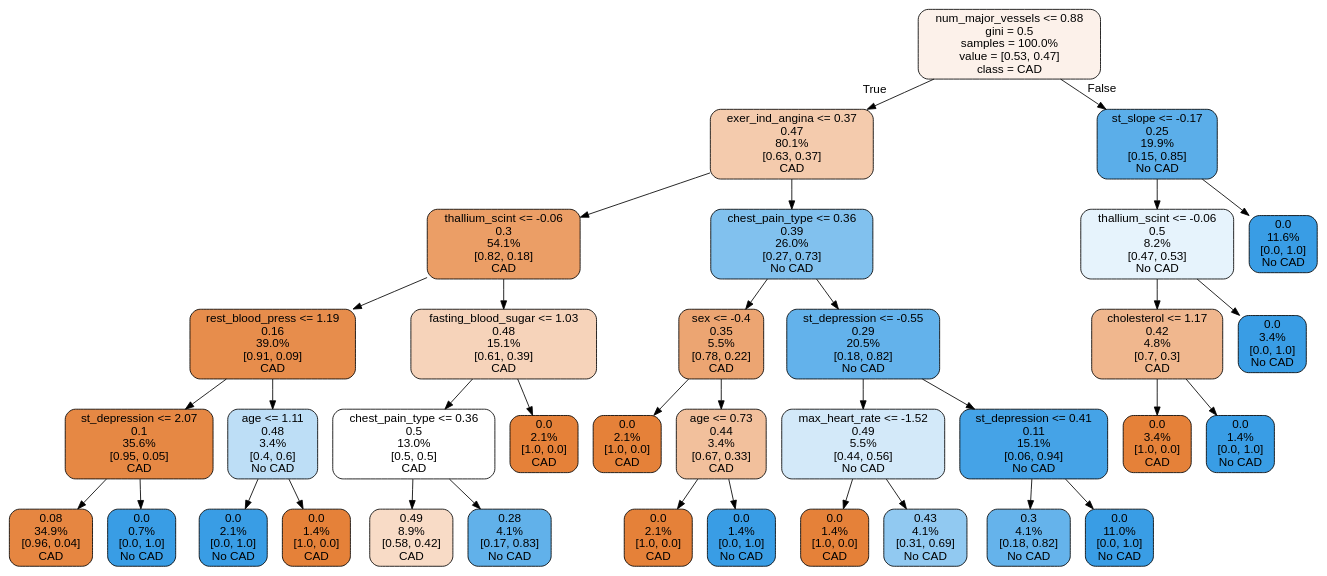
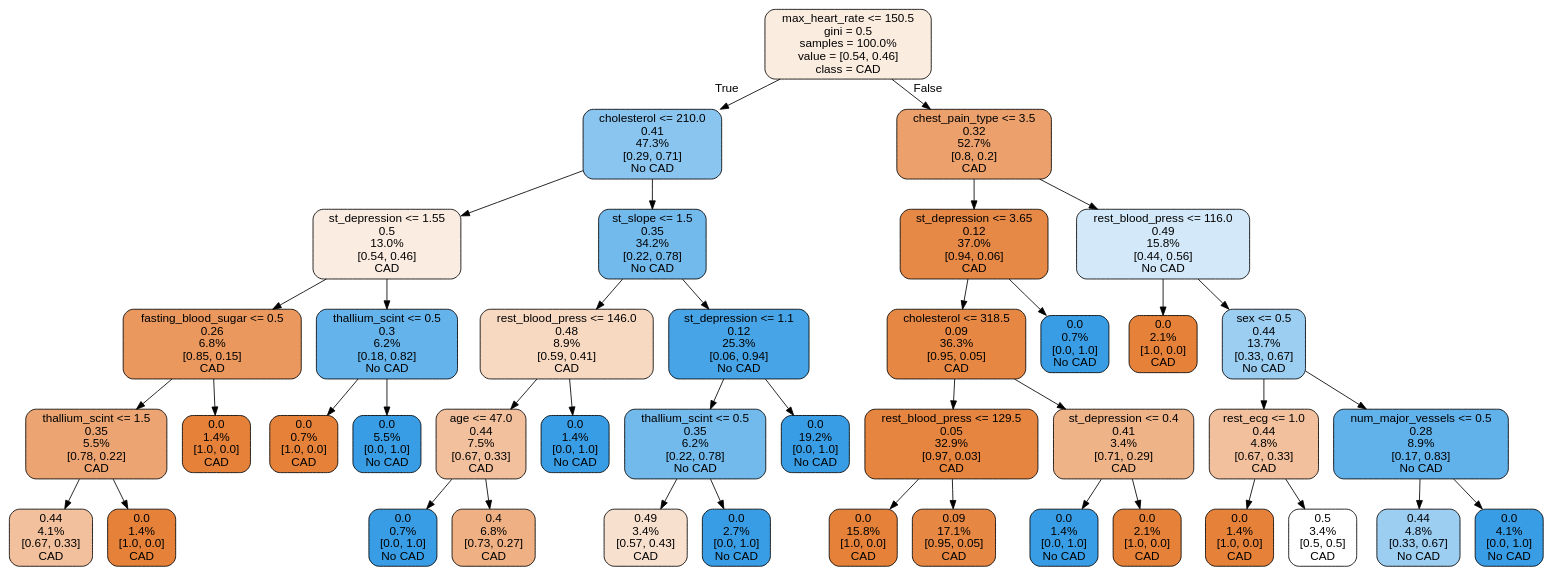
The diagram in cor_art_dis/notebooks/tree.dot (LourensWalters/cor_art_dis), drawn with Graphviz before and after one commit. The commit also changed 4 other files, not shown here.

Commit message:
Update labels on graphs.

```diff
--- a/cor_art_dis/notebooks/tree.dot
+++ b/cor_art_dis/notebooks/tree.dot
@@ -1,73 +1,85 @@
 digraph Tree {
 node [shape=box, style="filled, rounded", color="black", fontname=helvetica] ;
 edge [fontname=helvetica] ;
-0 [label="num_major_vessels <= 0.88\ngini = 0.5\nsamples = 100.0%\nvalue = [0.53, 0.47]\nclass = CAD", fillcolor="#fcf1ea"] ;
-1 [label="exer_ind_angina <= 0.37\n0.47\n80.1%\n[0.63, 0.37]\nCAD", fillcolor="#f4cbad"] ;
+0 [label="max_heart_rate <= 150.5\ngini = 0.5\nsamples = 100.0%\nvalue = [0.54, 0.46]\nclass = CAD", fillcolor="#fbece0"] ;
+1 [label="cholesterol <= 210.0\n0.41\n47.3%\n[0.29, 0.71]\nNo CAD", fillcolor="#8ac5f0"] ;
 0 -> 1 [labeldistance=2.5, labelangle=45, headlabel="True"] ;
-2 [label="thallium_scint <= -0.06\n0.3\n54.1%\n[0.82, 0.18]\nCAD", fillcolor="#eb9e66"] ;
+2 [label="st_depression <= 1.55\n0.5\n13.0%\n[0.54, 0.46]\nCAD", fillcolor="#fbece1"] ;
 1 -> 2 ;
-3 [label="rest_blood_press <= 1.19\n0.16\n39.0%\n[0.91, 0.09]\nCAD", fillcolor="#e78d4c"] ;
+3 [label="fasting_blood_sugar <= 0.5\n0.26\n6.8%\n[0.85, 0.15]\nCAD", fillcolor="#ea985d"] ;
 2 -> 3 ;
-4 [label="st_depression <= 2.07\n0.1\n35.6%\n[0.95, 0.05]\nCAD", fillcolor="#e68844"] ;
+4 [label="thallium_scint <= 1.5\n0.35\n5.5%\n[0.78, 0.22]\nCAD", fillcolor="#eca572"] ;
 3 -> 4 ;
-5 [label="0.08\n34.9%\n[0.96, 0.04]\nCAD", fillcolor="#e68641"] ;
+5 [label="0.44\n4.1%\n[0.67, 0.33]\nCAD", fillcolor="#f2c09c"] ;
 4 -> 5 ;
-6 [label="0.0\n0.7%\n[0.0, 1.0]\nNo CAD", fillcolor="#399de5"] ;
+6 [label="0.0\n1.4%\n[1.0, 0.0]\nCAD", fillcolor="#e58139"] ;
 4 -> 6 ;
-7 [label="age <= 1.11\n0.48\n3.4%\n[0.4, 0.6]\nNo CAD", fillcolor="#bddef6"] ;
+7 [label="0.0\n1.4%\n[1.0, 0.0]\nCAD", fillcolor="#e58139"] ;
 3 -> 7 ;
-8 [label="0.0\n2.1%\n[0.0, 1.0]\nNo CAD", fillcolor="#399de5"] ;
-7 -> 8 ;
-9 [label="0.0\n1.4%\n[1.0, 0.0]\nCAD", fillcolor="#e58139"] ;
-7 -> 9 ;
-10 [label="fasting_blood_sugar <= 1.03\n0.48\n15.1%\n[0.61, 0.39]\nCAD", fillcolor="#f6d3ba"] ;
-2 -> 10 ;
-11 [label="chest_pain_type <= 0.36\n0.5\n13.0%\n[0.5, 0.5]\nCAD", fillcolor="#ffffff"] ;
-10 -> 11 ;
-12 [label="0.49\n8.9%\n[0.58, 0.42]\nCAD", fillcolor="#f8dbc6"] ;
+8 [label="thallium_scint <= 0.5\n0.3\n6.2%\n[0.18, 0.82]\nNo CAD", fillcolor="#65b3eb"] ;
+2 -> 8 ;
+9 [label="0.0\n0.7%\n[1.0, 0.0]\nCAD", fillcolor="#e58139"] ;
+8 -> 9 ;
+10 [label="0.0\n5.5%\n[0.0, 1.0]\nNo CAD", fillcolor="#399de5"] ;
+8 -> 10 ;
+11 [label="st_slope <= 1.5\n0.35\n34.2%\n[0.22, 0.78]\nNo CAD", fillcolor="#72b9ec"] ;
+1 -> 11 ;
+12 [label="rest_blood_press <= 146.0\n0.48\n8.9%\n[0.59, 0.41]\nCAD", fillcolor="#f7d8c1"] ;
 11 -> 12 ;
-13 [label="0.28\n4.1%\n[0.17, 0.83]\nNo CAD", fillcolor="#61b1ea"] ;
-11 -> 13 ;
-14 [label="0.0\n2.1%\n[1.0, 0.0]\nCAD", fillcolor="#e58139"] ;
-10 -> 14 ;
-15 [label="chest_pain_type <= 0.36\n0.39\n26.0%\n[0.27, 0.73]\nNo CAD", fillcolor="#81c1ee"] ;
-1 -> 15 ;
-16 [label="sex <= -0.4\n0.35\n5.5%\n[0.78, 0.22]\nCAD", fillcolor="#eca572"] ;
-15 -> 16 ;
-17 [label="0.0\n2.1%\n[1.0, 0.0]\nCAD", fillcolor="#e58139"] ;
-16 -> 17 ;
-18 [label="age <= 0.73\n0.44\n3.4%\n[0.67, 0.33]\nCAD", fillcolor="#f2c09c"] ;
-16 -> 18 ;
-19 [label="0.0\n2.1%\n[1.0, 0.0]\nCAD", fillcolor="#e58139"] ;
+13 [label="age <= 47.0\n0.44\n7.5%\n[0.67, 0.33]\nCAD", fillcolor="#f2c09c"] ;
+12 -> 13 ;
+14 [label="0.0\n0.7%\n[0.0, 1.0]\nNo CAD", fillcolor="#399de5"] ;
+13 -> 14 ;
+15 [label="0.4\n6.8%\n[0.73, 0.27]\nCAD", fillcolor="#efb083"] ;
+13 -> 15 ;
+16 [label="0.0\n1.4%\n[0.0, 1.0]\nNo CAD", fillcolor="#399de5"] ;
+12 -> 16 ;
+17 [label="st_depression <= 1.1\n0.12\n25.3%\n[0.06, 0.94]\nNo CAD", fillcolor="#46a4e7"] ;
+11 -> 17 ;
+18 [label="thallium_scint <= 0.5\n0.35\n6.2%\n[0.22, 0.78]\nNo CAD", fillcolor="#72b9ec"] ;
+17 -> 18 ;
+19 [label="0.49\n3.4%\n[0.57, 0.43]\nCAD", fillcolor="#f8e0ce"] ;
 18 -> 19 ;
-20 [label="0.0\n1.4%\n[0.0, 1.0]\nNo CAD", fillcolor="#399de5"] ;
+20 [label="0.0\n2.7%\n[0.0, 1.0]\nNo CAD", fillcolor="#399de5"] ;
 18 -> 20 ;
-21 [label="st_depression <= -0.55\n0.29\n20.5%\n[0.18, 0.82]\nNo CAD", fillcolor="#63b2eb"] ;
-15 -> 21 ;
-22 [label="max_heart_rate <= -1.52\n0.49\n5.5%\n[0.44, 0.56]\nNo CAD", fillcolor="#d3e9f9"] ;
-21 -> 22 ;
-23 [label="0.0\n1.4%\n[1.0, 0.0]\nCAD", fillcolor="#e58139"] ;
+21 [label="0.0\n19.2%\n[0.0, 1.0]\nNo CAD", fillcolor="#399de5"] ;
+17 -> 21 ;
+22 [label="chest_pain_type <= 3.5\n0.32\n52.7%\n[0.8, 0.2]\nCAD", fillcolor="#eca16c"] ;
+0 -> 22 [labeldistance=2.5, labelangle=-45, headlabel="False"] ;
+23 [label="st_depression <= 3.65\n0.12\n37.0%\n[0.94, 0.06]\nCAD", fillcolor="#e78946"] ;
 22 -> 23 ;
-24 [label="0.43\n4.1%\n[0.31, 0.69]\nNo CAD", fillcolor="#91c9f1"] ;
-22 -> 24 ;
-25 [label="st_depression <= 0.41\n0.11\n15.1%\n[0.06, 0.94]\nNo CAD", fillcolor="#45a3e7"] ;
-21 -> 25 ;
-26 [label="0.3\n4.1%\n[0.18, 0.82]\nNo CAD", fillcolor="#65b3eb"] ;
+24 [label="cholesterol <= 318.5\n0.09\n36.3%\n[0.95, 0.05]\nCAD", fillcolor="#e68843"] ;
+23 -> 24 ;
+25 [label="rest_blood_press <= 129.5\n0.05\n32.9%\n[0.97, 0.03]\nCAD", fillcolor="#e6853f"] ;
+24 -> 25 ;
+26 [label="0.0\n15.8%\n[1.0, 0.0]\nCAD", fillcolor="#e58139"] ;
 25 -> 26 ;
-27 [label="0.0\n11.0%\n[0.0, 1.0]\nNo CAD", fillcolor="#399de5"] ;
+27 [label="0.09\n17.1%\n[0.95, 0.05]\nCAD", fillcolor="#e68743"] ;
 25 -> 27 ;
-28 [label="st_slope <= -0.17\n0.25\n19.9%\n[0.15, 0.85]\nNo CAD", fillcolor="#5baee9"] ;
-0 -> 28 [labeldistance=2.5, labelangle=-45, headlabel="False"] ;
-29 [label="thallium_scint <= -0.06\n0.5\n8.2%\n[0.47, 0.53]\nNo CAD", fillcolor="#e6f3fc"] ;
+28 [label="st_depression <= 0.4\n0.41\n3.4%\n[0.71, 0.29]\nCAD", fillcolor="#efb388"] ;
+24 -> 28 ;
+29 [label="0.0\n1.4%\n[0.0, 1.0]\nNo CAD", fillcolor="#399de5"] ;
 28 -> 29 ;
-30 [label="cholesterol <= 1.17\n0.42\n4.8%\n[0.7, 0.3]\nCAD", fillcolor="#f0b78e"] ;
-29 -> 30 ;
-31 [label="0.0\n3.4%\n[1.0, 0.0]\nCAD", fillcolor="#e58139"] ;
-30 -> 31 ;
-32 [label="0.0\n1.4%\n[0.0, 1.0]\nNo CAD", fillcolor="#399de5"] ;
-30 -> 32 ;
-33 [label="0.0\n3.4%\n[0.0, 1.0]\nNo CAD", fillcolor="#399de5"] ;
-29 -> 33 ;
-34 [label="0.0\n11.6%\n[0.0, 1.0]\nNo CAD", fillcolor="#399de5"] ;
-28 -> 34 ;
+30 [label="0.0\n2.1%\n[1.0, 0.0]\nCAD", fillcolor="#e58139"] ;
+28 -> 30 ;
+31 [label="0.0\n0.7%\n[0.0, 1.0]\nNo CAD", fillcolor="#399de5"] ;
+23 -> 31 ;
+32 [label="rest_blood_press <= 116.0\n0.49\n15.8%\n[0.44, 0.56]\nNo CAD", fillcolor="#d3e9f9"] ;
+22 -> 32 ;
+33 [label="0.0\n2.1%\n[1.0, 0.0]\nCAD", fillcolor="#e58139"] ;
+32 -> 33 ;
+34 [label="sex <= 0.5\n0.44\n13.7%\n[0.33, 0.67]\nNo CAD", fillcolor="#9ccef2"] ;
+32 -> 34 ;
+35 [label="rest_ecg <= 1.0\n0.44\n4.8%\n[0.67, 0.33]\nCAD", fillcolor="#f2c09c"] ;
+34 -> 35 ;
+36 [label="0.0\n1.4%\n[1.0, 0.0]\nCAD", fillcolor="#e58139"] ;
+35 -> 36 ;
+37 [label="0.5\n3.4%\n[0.5, 0.5]\nCAD", fillcolor="#ffffff"] ;
+35 -> 37 ;
+38 [label="num_major_vessels <= 0.5\n0.28\n8.9%\n[0.17, 0.83]\nNo CAD", fillcolor="#61b1ea"] ;
+34 -> 38 ;
+39 [label="0.44\n4.8%\n[0.33, 0.67]\nNo CAD", fillcolor="#9ccef2"] ;
+38 -> 39 ;
+40 [label="0.0\n4.1%\n[0.0, 1.0]\nNo CAD", fillcolor="#399de5"] ;
+38 -> 40 ;
 }
```
